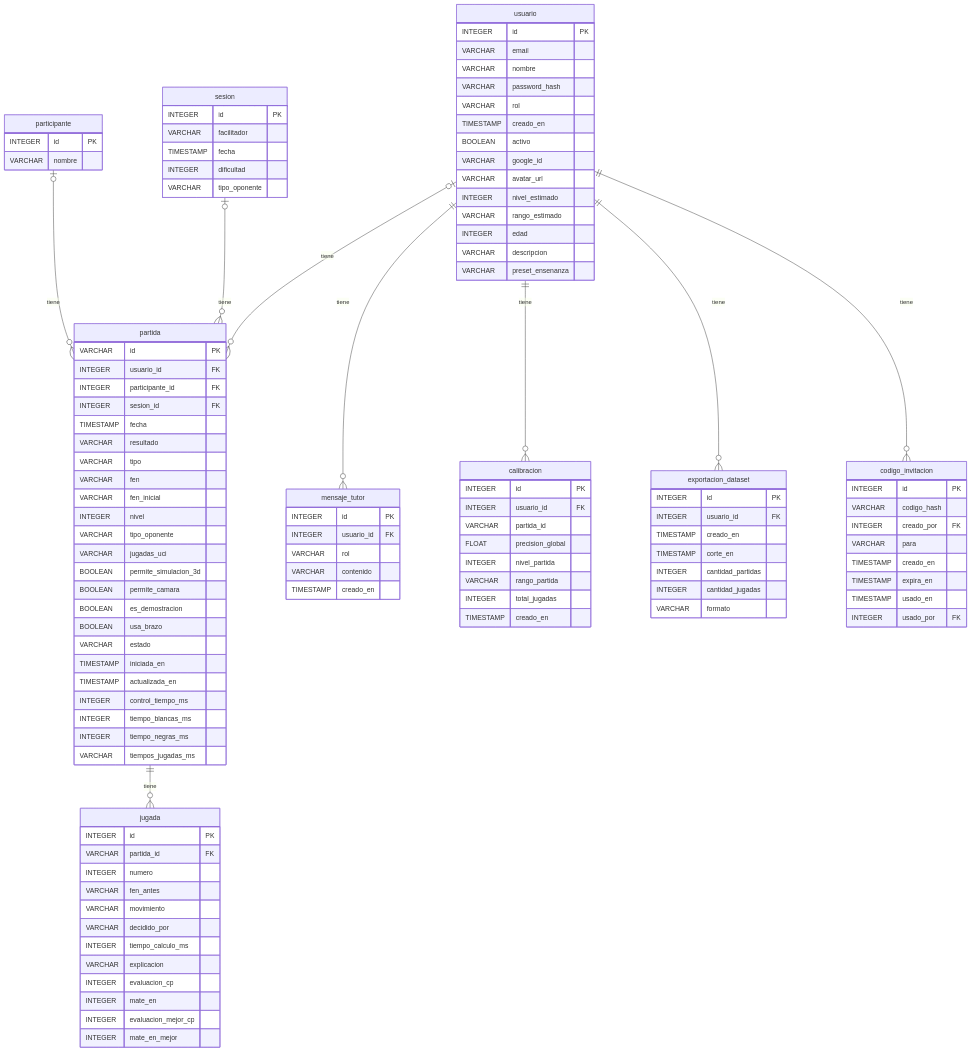
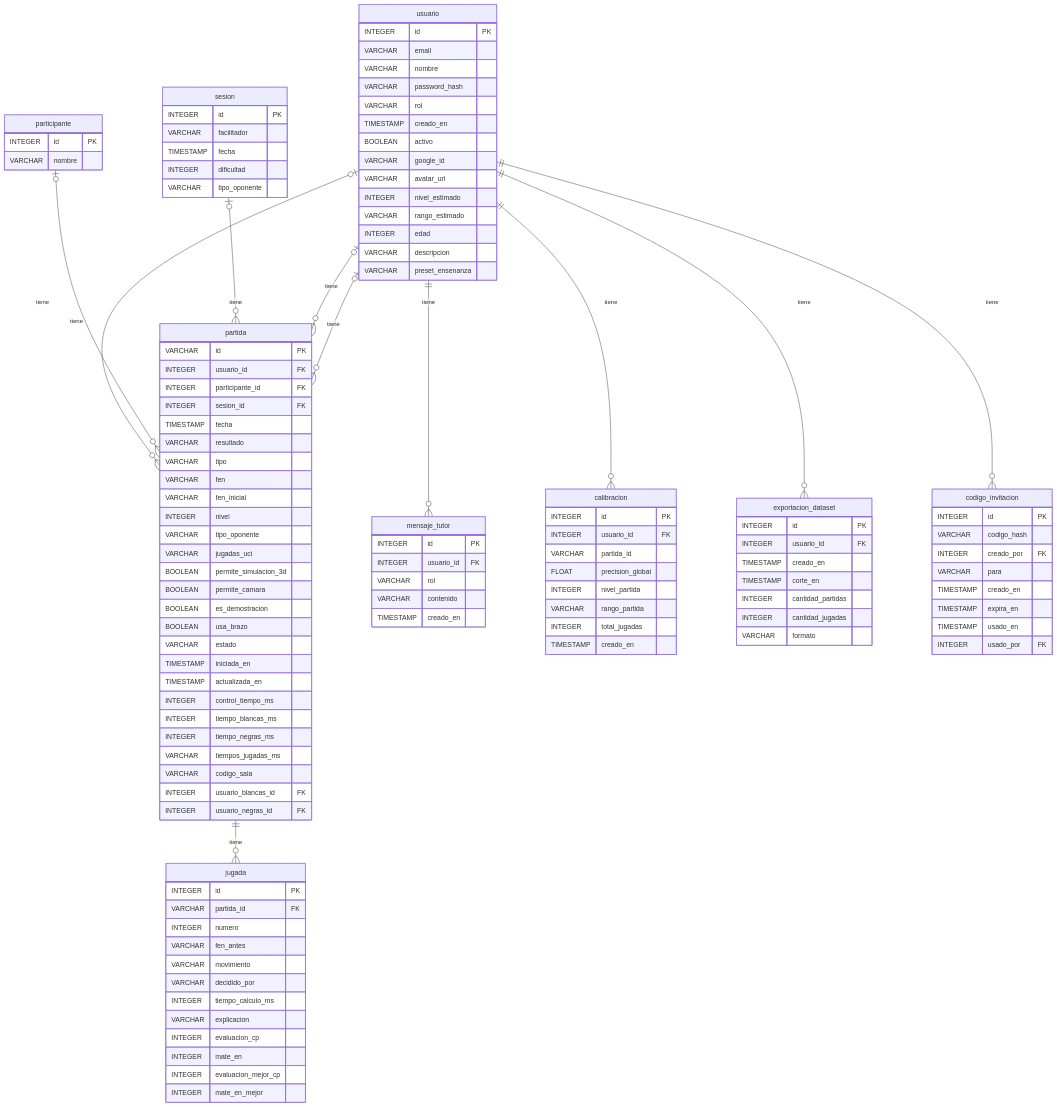
The first of 2 diagrams in docs/base_de_datos/DICCIONARIO_DE_DATOS.md (larzekao9/Brazo-Rob-tico-con-Inteligencia-Artificial-para-el-Aprendizaje-del-Ajedrez), drawn with Mermaid before and after one commit. The commit also changed other lines of this file and 28 other files, not shown here.

```diff
--- a/docs/base_de_datos/DICCIONARIO_DE_DATOS.md
+++ b/docs/base_de_datos/DICCIONARIO_DE_DATOS.md
@@ -198,6 +203,8 @@
     usuario ||--o{ codigo_invitacion : tiene
     participante |o--o{ partida : tiene
     sesion |o--o{ partida : tiene
+    usuario |o--o{ partida : tiene
+    usuario |o--o{ partida : tiene
     participante {
         INTEGER id PK
         VARCHAR nombre
@@ -285,6 +292,9 @@
         INTEGER tiempo_blancas_ms
         INTEGER tiempo_negras_ms
         VARCHAR tiempos_jugadas_ms
+        VARCHAR codigo_sala
+        INTEGER usuario_blancas_id FK
+        INTEGER usuario_negras_id FK
     }
     jugada {
         INTEGER id PK
```
